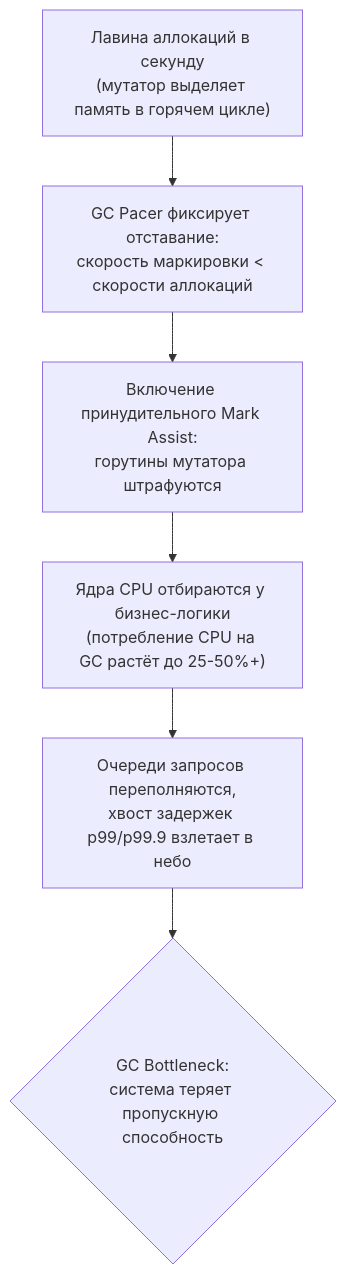
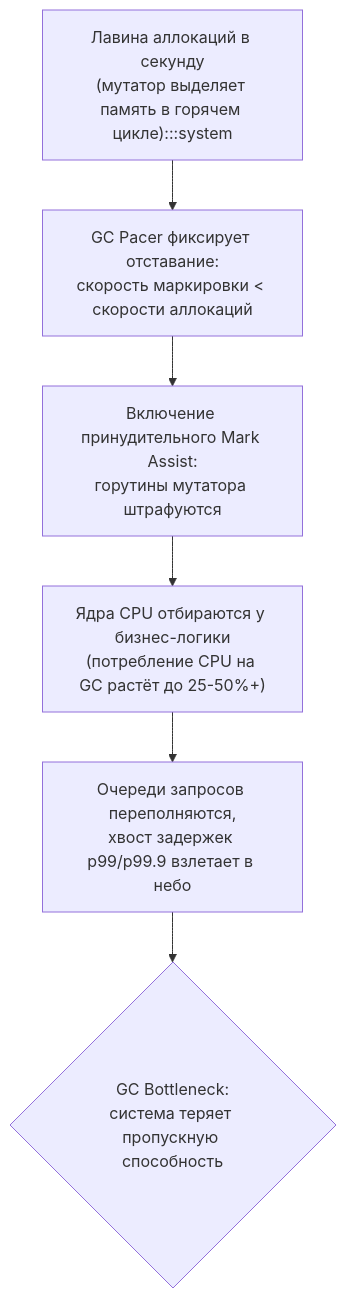
One commit to UnrealTemplier/go-textbook changed the first of 4 diagrams in sources/16. Профилирование, отладка и производительность/05. Garbage Collector/9. Когда GC становится bottleneck.md. Above: the diagram before and after it, drawn with Mermaid. The commit also changed other lines of this file and 1666 other files, not shown here.

First line of the commit message:
feat(mermaid): add semantic color classDef to 1369 colorless flowchart/graph diagrams

````diff
--- a/sources/16. Профилирование, отладка и производительность/05. Garbage Collector/9. Когда GC становится bottleneck.md
+++ b/sources/16. Профилирование, отладка и производительность/05. Garbage Collector/9. Когда GC становится bottleneck.md
@@ -15,8 +15,18 @@
 ```mermaid
 flowchart TD
-    A["Лавина аллокаций в секунду<br/>(мутатор выделяет память в горячем цикле)"] --> B["GC Pacer фиксирует отставание:<br/>скорость маркировки < скорости аллокаций"]
+    classDef process  fill:#1e293b,stroke:#38bdf8,stroke-width:1px,color:#f8fafc
+    classDef success  fill:#064e3b,stroke:#34d399,stroke-width:1px,color:#f8fafc
+    classDef error    fill:#7f1d1d,stroke:#f87171,stroke-width:1px,color:#f8fafc
+    classDef warning  fill:#78350f,stroke:#fbbf24,stroke-width:1px,color:#f8fafc
+    classDef entry    fill:#1e3a5f,stroke:#38bdf8,stroke-width:2px,color:#f8fafc
+    classDef aux      fill:#334155,stroke:#64748b,stroke-width:1px,color:#f8fafc
+    classDef system   fill:#312e81,stroke:#a78bfa,stroke-width:1px,color:#f8fafc
+    classDef data     fill:#132d29,stroke:#2dd4bf,stroke-width:1px,color:#f8fafc
+    classDef network  fill:#881337,stroke:#fb7185,stroke-width:1px,color:#f8fafc
+    classDef accent   fill:#1e1b4b,stroke:#818cf8,stroke-width:1px,color:#f8fafc
+    A["Лавина аллокаций в секунду<br/>(мутатор выделяет память в горячем цикле):::system"] --> B["GC Pacer фиксирует отставание:<br/>скорость маркировки < скорости аллокаций"]
     B --> C["Включение принудительного Mark Assist:<br/>горутины мутатора штрафуются"]
     C --> D["Ядра CPU отбираются у бизнес-логики<br/>(потребление CPU на GC растёт до 25-50%+)"]
     D --> E["Очереди запросов переполняются,<br/>хвост задержек p99/p99.9 взлетает в небо"]
     E --> F{"GC Bottleneck:<br/>система теряет пропускную способность"}
 ```
````
